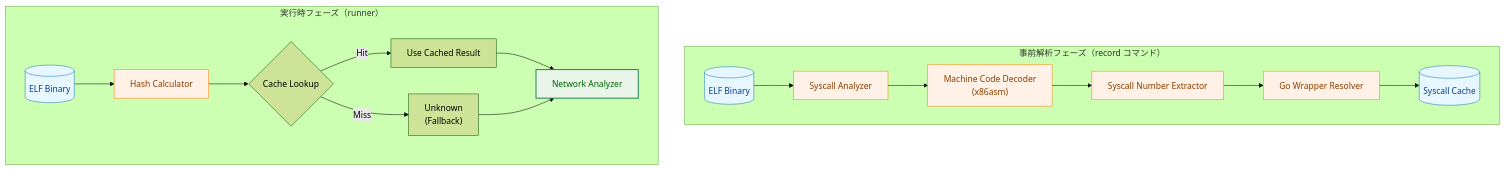
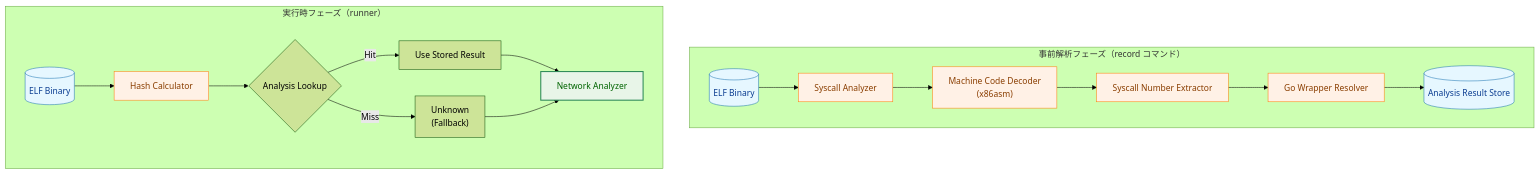
One commit to isseis/go-safe-cmd-runner changed the third of 18 diagrams in docs/tasks/0070_elf_syscall_analysis/02_architecture.md. Above: the diagram before and after it, drawn with Mermaid (forest theme). The commit also changed other lines of this file and 2 other files, not shown here.

First line of the commit message:
docs: rename integrated cache to file-analysis store

````diff
--- a/docs/tasks/0070_elf_syscall_analysis/02_architecture.md
+++ b/docs/tasks/0070_elf_syscall_analysis/02_architecture.md
@@ -61,28 +61,28 @@
 ```mermaid
 flowchart TD
     classDef data fill:#e6f7ff,stroke:#1f77b4,stroke-width:1px,color:#0b3d91
     classDef process fill:#fff1e6,stroke:#ff7f0e,stroke-width:1px,color:#8a3e00
     classDef enhanced fill:#e8f5e8,stroke:#2e8b57,stroke-width:2px,color:#006400
     classDef external fill:#f0e6ff,stroke:#8b57b5,stroke-width:1px,color:#4a2873
 
     subgraph "事前解析フェーズ（record コマンド）"
         A[("ELF Binary")] --> B["Syscall Analyzer"]
         B --> C["Machine Code Decoder<br>(x86asm)"]
         C --> D["Syscall Number Extractor"]
         D --> E["Go Wrapper Resolver"]
-        E --> F[("Syscall Cache")]
+        E --> F[("Analysis Result Store")]
     end
 
     subgraph "実行時フェーズ（runner）"
         G[("ELF Binary")] --> H["Hash Calculator"]
-        H --> I{"Cache Lookup"}
-        I -->|"Hit"| J["Use Cached Result"]
+        H --> I{"Analysis Lookup"}
+        I -->|"Hit"| J["Use Stored Result"]
         I -->|"Miss"| K["Unknown<br>(Fallback)"]
         J --> L["Network Analyzer"]
         K --> L
     end
 
     class A,F,G data
     class B,C,D,E,H process
     class L enhanced
 ```
````
